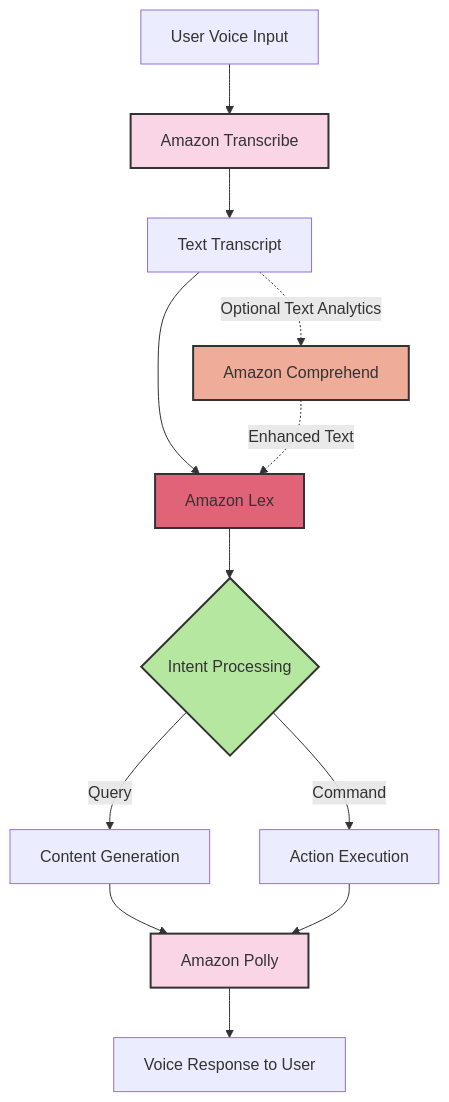
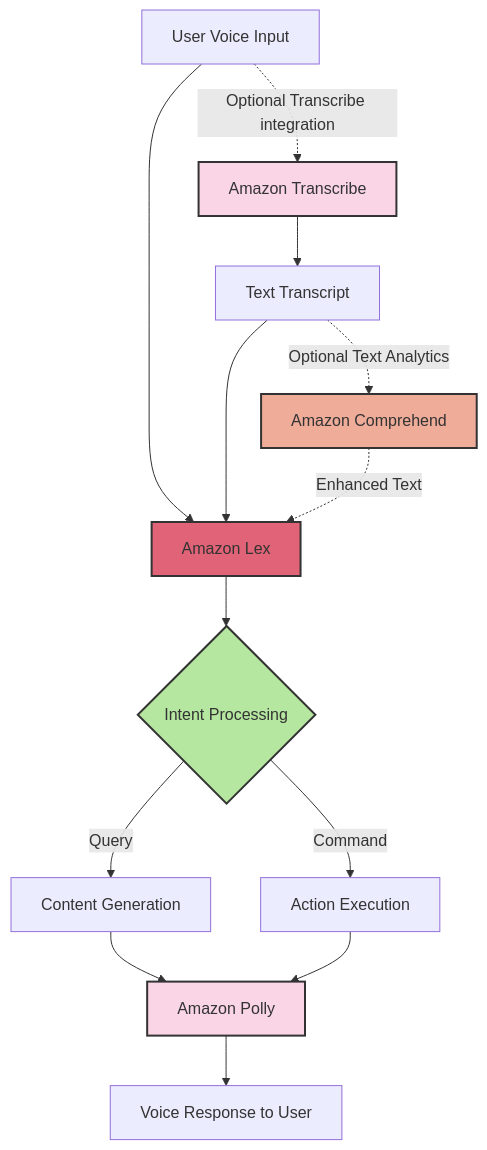
Before and after one commit to puglieseweb/puglieseweb.com: the first of 2 diagrams in software-development/aws/ai-analytics-big-data-ml/ai/transcribe-polly-lex.md, drawn with Mermaid.

Commit message:
GITBOOK-441: No subject

````diff
--- a/software-development/aws/ai-analytics-big-data-ml/ai/transcribe-polly-lex.md
+++ b/software-development/aws/ai-analytics-big-data-ml/ai/transcribe-polly-lex.md
@@ -102,22 +102,27 @@
 ```mermaid
 graph TD
-    A[User Voice Input] --> B[Amazon Transcribe]
+    A[User Voice Input] --> D[Amazon Comprehend]
     B --> C[Text Transcript]
     C --> D[Amazon Lex]
     D --> E{Intent Processing}
     E -->|Query| F[Content Generation]
     E -->|Command| G[Action Execution]
     F --> H[Amazon Polly]
     G --> H
     H --> I[Voice Response to User]
 
     %% Optional Comprehend Integration
     C -.->|Optional Text Analytics| J[Amazon Comprehend]
     J -.->|Enhanced Text| D
 
+
+    %% Optional Transcribe Integration
+    A[User Voice Input] -.-> |Optional Transcribe integration| B[Amazon Transcribe]
+    
+
     style B fill:#f9d5e5,stroke:#333,stroke-width:2px
     style D fill:#e06377,stroke:#333,stroke-width:2px
     style E fill:#b5e7a0,stroke:#333,stroke-width:2px
     style H fill:#f9d5e5,stroke:#333,stroke-width:2px
     style J fill:#eeac99,stroke:#333,stroke-width:2px
 ```
````
